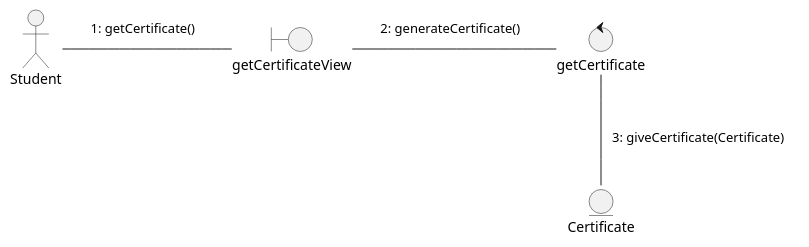
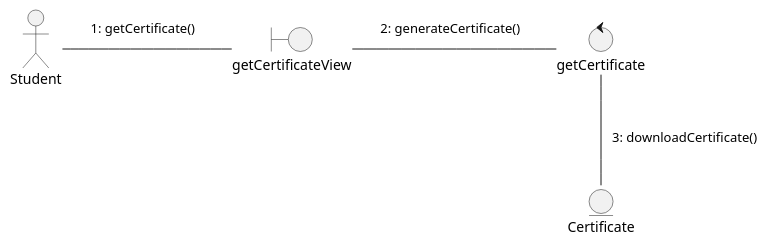
One commit to MiguelCiav/Uhuru changed the diagram in docs/logicalView/analisysView/classAnalisys/diagrama_colaboracion_CU3.plantuml. Above: the diagram before and after it, drawn with PlantUML. The commit also changed 3 other files, not shown here.

Commit message:
Diagrama de clases de análisis terminado

```diff
--- a/docs/logicalView/analisysView/classAnalisys/diagrama_colaboracion_CU3.plantuml
+++ b/docs/logicalView/analisysView/classAnalisys/diagrama_colaboracion_CU3.plantuml
@@ -1,24 +1,24 @@
 @startuml clase_analisis 
 
 skinparam NoteBackgroundColor transparent
 skinparam NoteBorderColor transparent
 
 actor Student as Estudiante
 boundary "getCertificateView" as solicitar_certificado
 control "getCertificate" as controlador 
 entity Certificate as Certificado
 
 Estudiante -r- solicitar_certificado
 note on link
 1: getCertificate()
 end note
 solicitar_certificado -r- controlador
 note on link
 2: generateCertificate()
 end note
 controlador -- Certificado
 note on link
-3: giveCertificate(Certificate)
+3: downloadCertificate()
 end note
 
 @enduml
```
